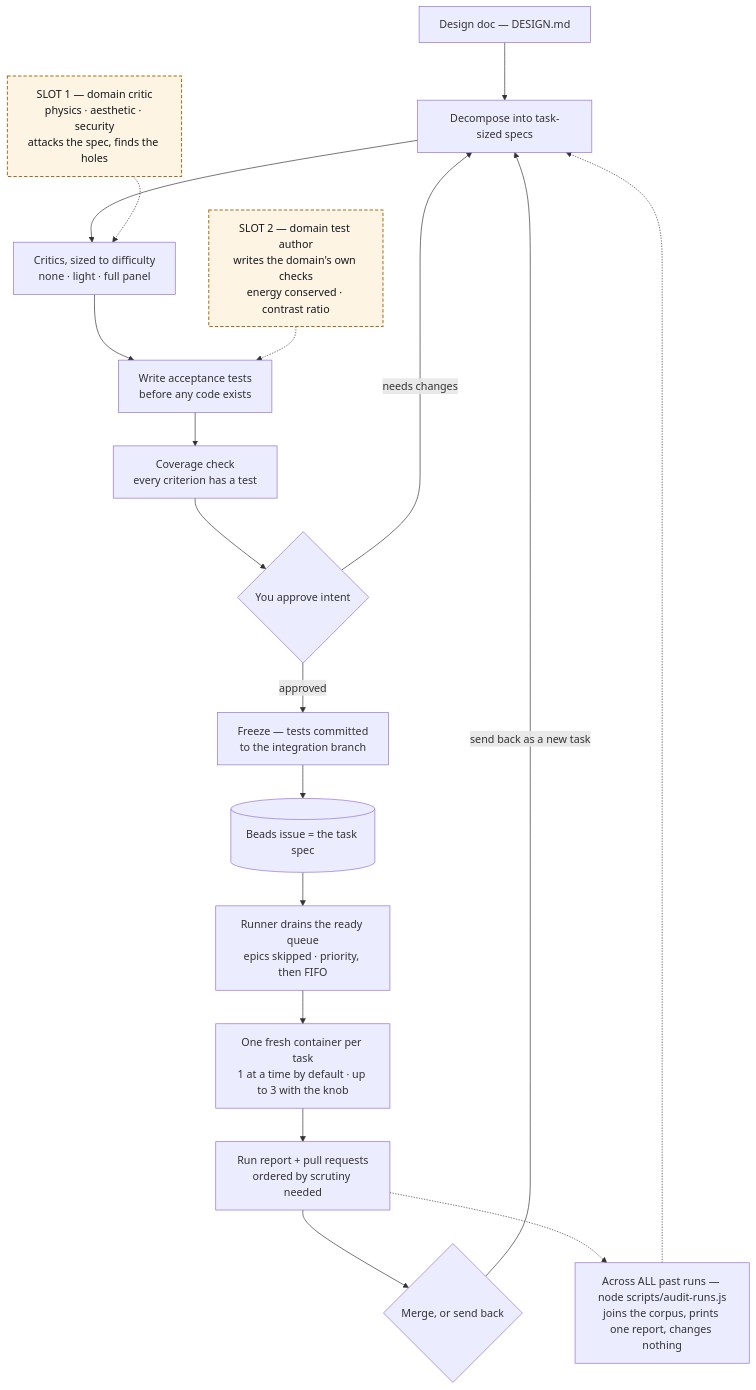
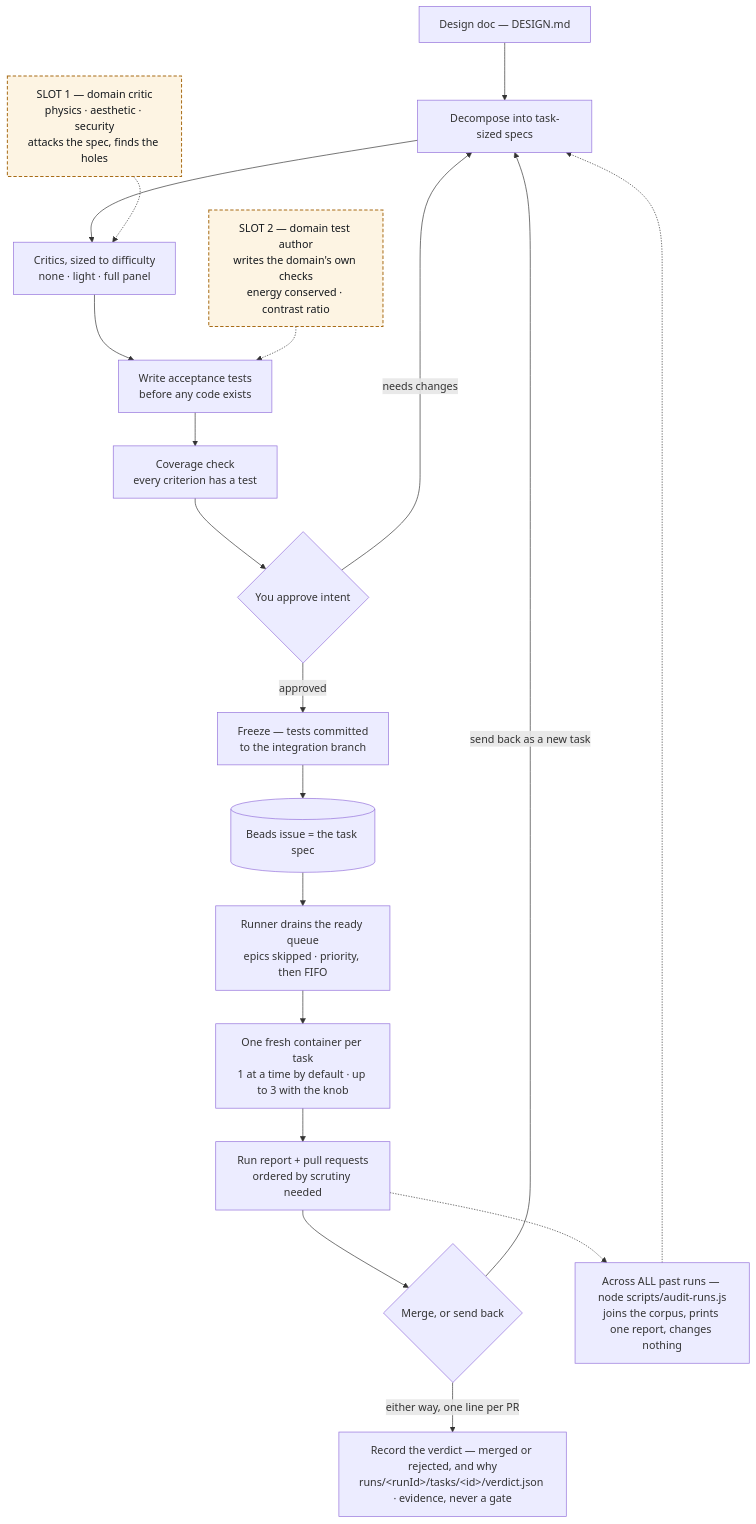
One commit to Chadleewalker/Multi-AgentPipelines changed the first of 5 diagrams in docs/pipeline-diagram.md. Above: the diagram before and after it, drawn with Mermaid. The commit also changed other lines of this file and 9 other files, not shown here.

First line of the commit message:
repo-1ie: record the reviewer's verdict on every PR-bearing task (#29)

````diff
--- a/docs/pipeline-diagram.md
+++ b/docs/pipeline-diagram.md
@@ -14,23 +14,24 @@
 ```mermaid
 flowchart TB
   A["Design doc — DESIGN.md"] --> B["Decompose into task-sized specs"]
   B --> C["Critics, sized to difficulty<br/>none · light · full panel"]
   SP1["SLOT 1 — domain critic<br/>physics · aesthetic · security<br/>attacks the spec, finds the holes"] -.-> C
   C --> D["Write acceptance tests<br/>before any code exists"]
   SP2["SLOT 2 — domain test author<br/>writes the domain's own checks<br/>energy conserved · contrast ratio"] -.-> D
   D --> E["Coverage check<br/>every criterion has a test"]
   E --> F{"You approve intent"}
   F -->|"needs changes"| B
   F -->|"approved"| G["Freeze — tests committed<br/>to the integration branch"]
   G --> H[("Beads issue = the task spec")]
   H --> I["Runner drains the ready queue<br/>epics skipped · priority, then FIFO"]
   I --> J["One fresh container per task<br/>1 at a time by default · up to 3 with the knob"]
   J --> K["Run report + pull requests<br/>ordered by scrutiny needed"]
   K --> L{"Merge, or send back"}
   L -->|"send back as a new task"| B
+  L -->|"either way, one line per PR"| VD["Record the verdict — merged or rejected, and why<br/>runs/&lt;runId&gt;/tasks/&lt;id&gt;/verdict.json · evidence, never a gate"]
   K -.-> AUD["Across ALL past runs — node scripts/audit-runs.js<br/>joins the corpus, prints one report, changes nothing"]
   AUD -.-> B
 
   classDef specialist fill:#fdf4e3,stroke:#a86c17,stroke-width:1.5px,stroke-dasharray:5 3,color:#14181d
   class SP1,SP2 specialist
 ```
````
